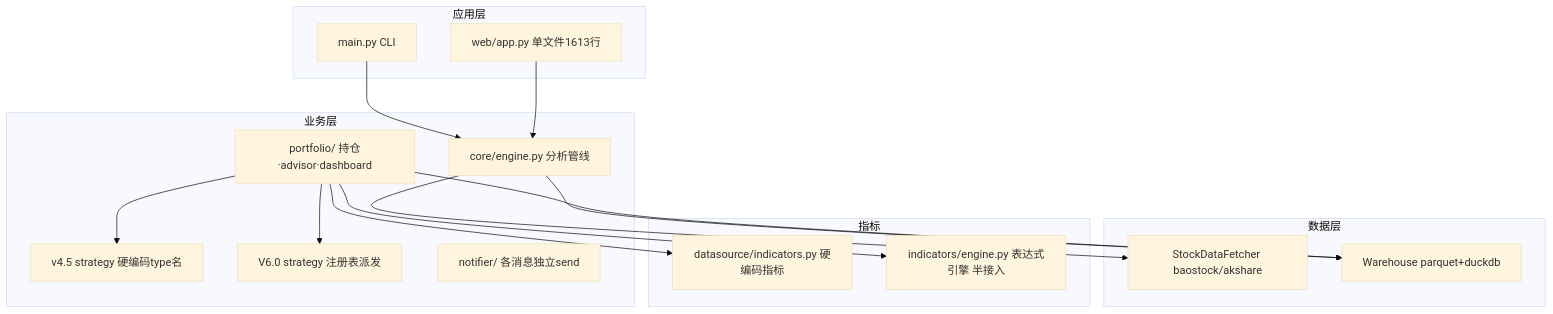
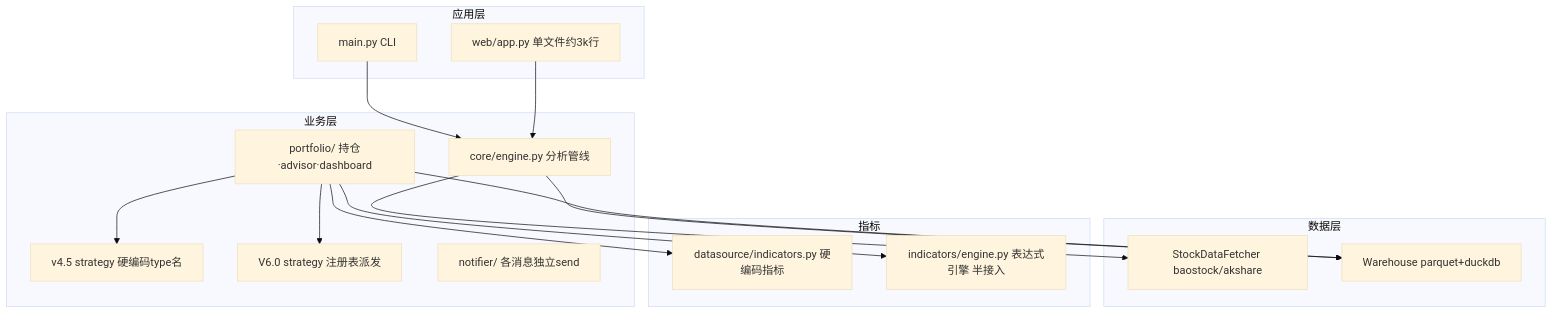
The first of 6 diagrams in docs/HLD.md (fewhg3yhjt/stock-data-analyse), drawn with Mermaid (base theme) before and after one commit. The commit also changed other lines of this file and 11 other files, not shown here.

````diff
--- a/docs/HLD.md
+++ b/docs/HLD.md
@@ -62,31 +64,31 @@
 ```mermaid
 flowchart TB
     subgraph 应用层
         CLI[main.py CLI]
-        WEB[web/app.py 单文件1613行]
+        WEB[web/app.py 单文件约3k行]
     end
     subgraph 业务层
         ENG[core/engine.py 分析管线]
         PF[portfolio/ 持仓·advisor·dashboard]
         STR4[v4.5 strategy 硬编码type名]
         STR6[V6.0 strategy 注册表派发]
         NT[notifier/ 各消息独立send]
     end
     subgraph 数据层
         F1[StockDataFetcher baostock/akshare]
         F2[Warehouse parquet+duckdb]
     end
     subgraph 指标
         T[datasource/indicators.py 硬编码指标]
         I[indicators/engine.py 表达式引擎 半接入]
     end
     CLI --> ENG
     WEB --> ENG
     ENG --> F1
     ENG --> F2
     PF --> STR4
     PF --> STR6
     PF --> F2
     PF --> T
     PF --> I
 ```
````
